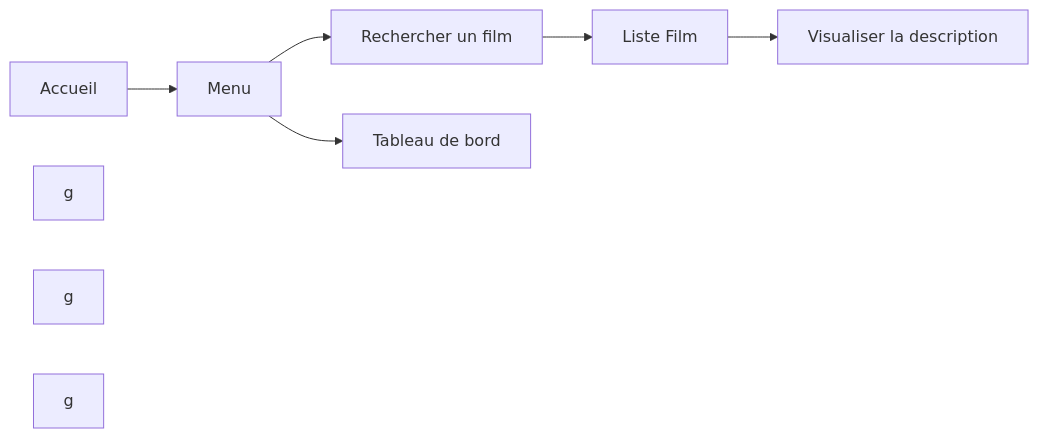
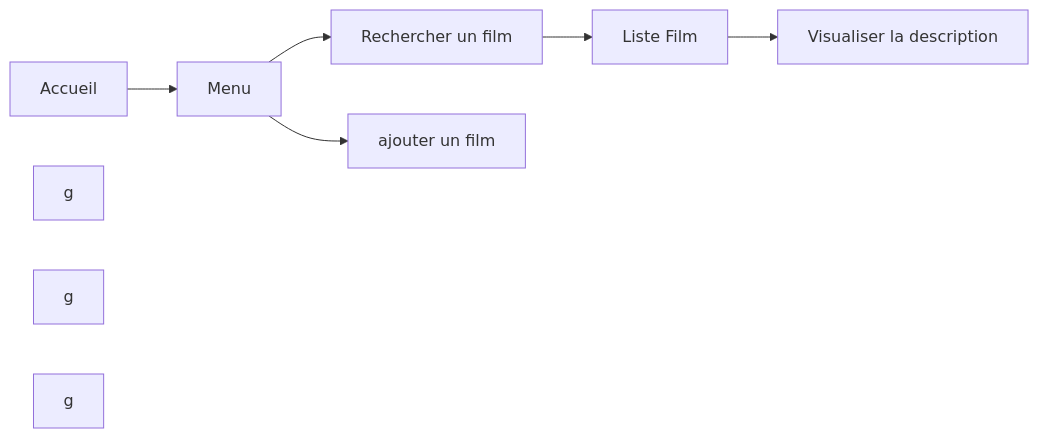
One commit to Remynder0/cours_BUT_24-25 changed the first of 3 diagrams in README.md. Above: the diagram before and after it, drawn with Mermaid. The commit also changed other lines of this file, not shown here.

````diff
--- a/README.md
+++ b/README.md
@@ -120,16 +120,16 @@
 ```mermaid
 graph LR
 
 A[Accueil]
 B[Visualiser la description]
 C[Rechercher un film]
 D[Liste Film] 
 E[Menu] 
-F[Tableau de bord]
+F[ajouter un film]
 G[g] 
 H[g] 
 I[g]
 
 A --> E --> C --> D -->B
 E --> F
 ```
````
